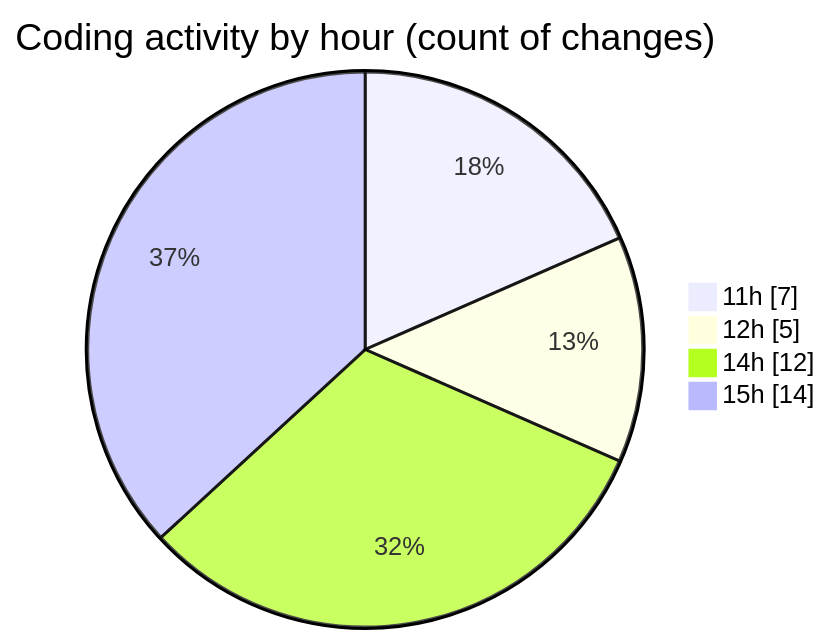
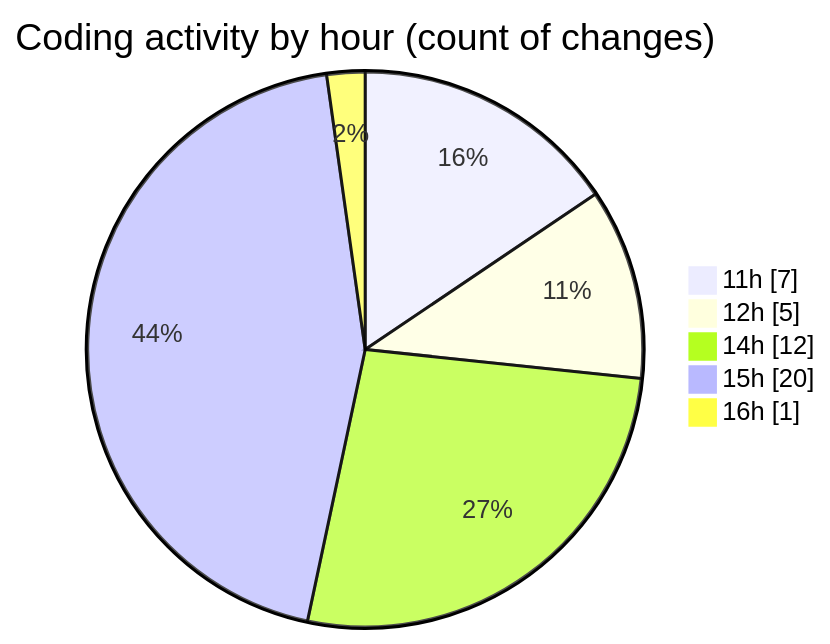
One commit to debugP/code-tracking changed the second of 2 diagrams in 2025-10-22/untitled__workspace_/README.md. Above: the diagram before and after it, drawn with Mermaid. The commit also changed other lines of this file and 1 other file, not shown here.

````diff
--- a/2025-10-22/untitled__workspace_/README.md
+++ b/2025-10-22/untitled__workspace_/README.md
@@ -30,8 +30,9 @@
 ```mermaid
 pie showData
 title Coding activity by hour (count of changes)
 "11h" : 7
 "12h" : 5
 "14h" : 12
-"15h" : 14
+"15h" : 20
+"16h" : 1
 ```
````
